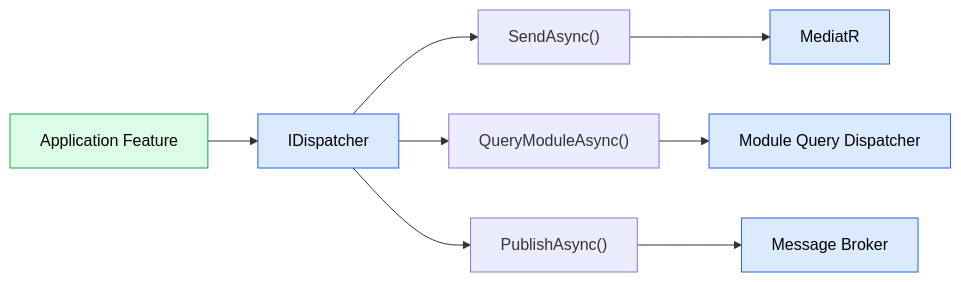
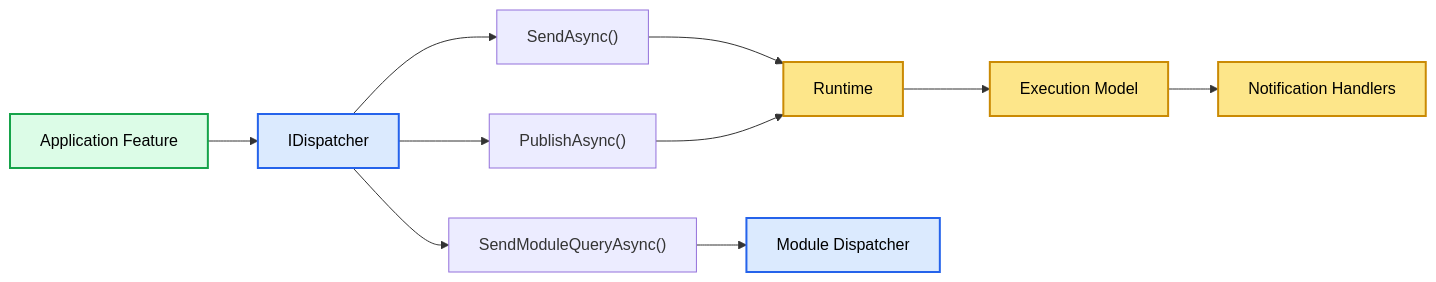
One commit to soufiane-rizk/Jobwize changed the diagram in docs/adr/003-module-communication.md. Above: the diagram before and after it, drawn with Mermaid. The commit also changed other lines of this file and 164 other files, not shown here.

First line of the commit message:
Establish Backend Architecture Foundation (#23)

````diff
--- a/docs/adr/003-module-communication.md
+++ b/docs/adr/003-module-communication.md
@@ -27,25 +34,29 @@
 ```mermaid
 flowchart LR
 
     Feature["Application Feature"]
 
     Feature --> Dispatcher["IDispatcher"]
 
     Dispatcher --> Send["SendAsync()"]
-
-    Dispatcher --> Query["QueryModuleAsync()"]
-
+    Dispatcher --> Query["SendModuleQueryAsync()"]
     Dispatcher --> Publish["PublishAsync()"]
 
-    Send --> MediatR["MediatR"]
+    Send --> Runtime["Runtime"]
 
-    Query --> ModuleDispatcher["Module Query Dispatcher"]
+    Query --> ModuleDispatcher["Module Dispatcher"]
 
-    Publish --> Broker["Message Broker"]
+    Publish --> Runtime
 
-    classDef application fill:#dcfce7,stroke:#16a34a,color:#000;
-    classDef infrastructure fill:#dbeafe,stroke:#2563eb,color:#000;
+    Runtime --> Execution["Execution Model"]
+
+    Execution --> Local["Notification Handlers"]
+
+    classDef application fill:#dcfce7,stroke:#16a34a,color:#000,stroke-width:2px;
+    classDef infrastructure fill:#dbeafe,stroke:#2563eb,color:#000,stroke-width:2px;
+    classDef runtime fill:#fde68a,stroke:#ca8a04,color:#000,stroke-width:2px;
 
     class Feature application;
-    class Dispatcher,MediatR,ModuleDispatcher,Broker infrastructure;
+    class Dispatcher,ModuleDispatcher infrastructure;
+    class Runtime,Execution,Local runtime;
 ```
````
